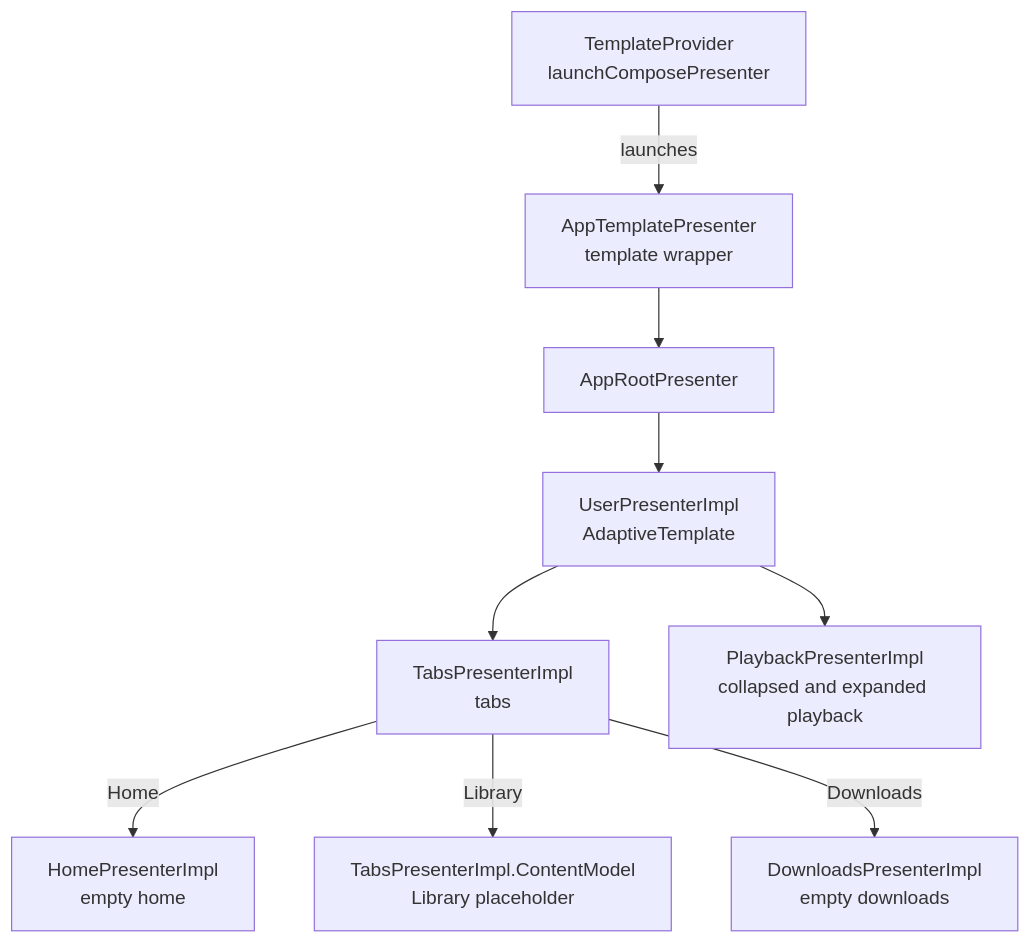
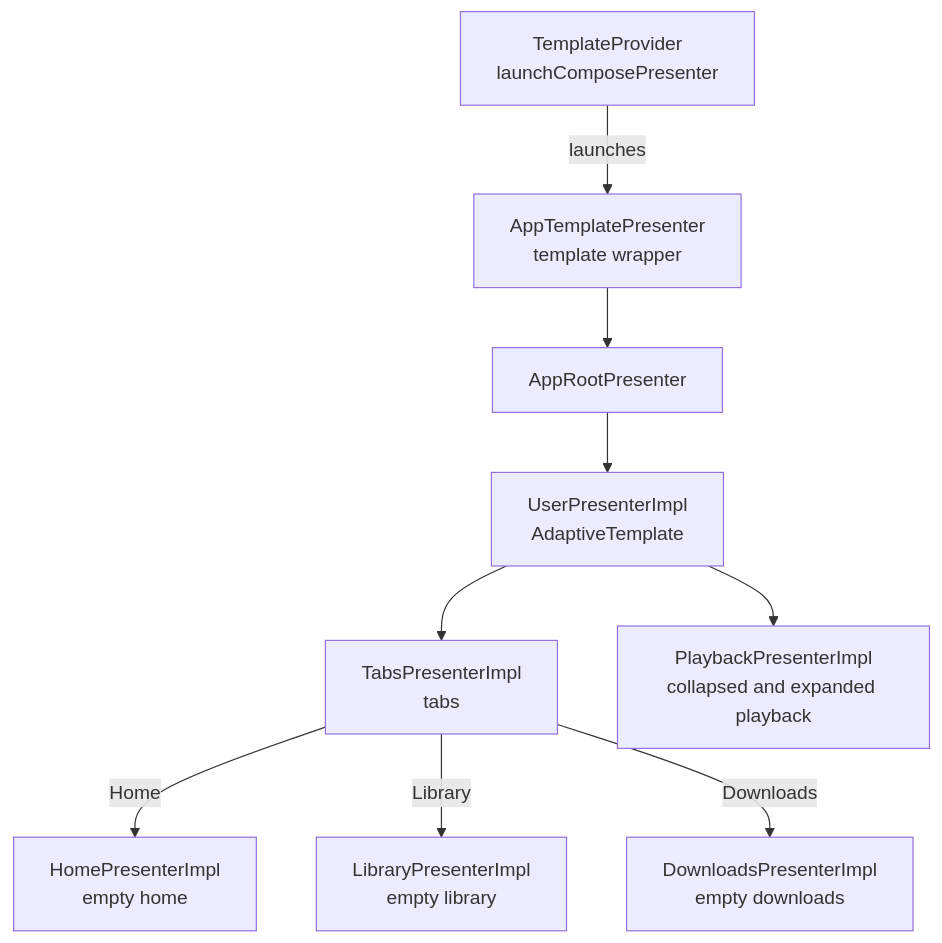
One commit to vRallev/storymile changed the diagram in docs/presenter-hierarchy.md. Above: the diagram before and after it, drawn with Mermaid. The commit also changed other lines of this file and 24 other files, not shown here.

````diff
--- a/docs/presenter-hierarchy.md
+++ b/docs/presenter-hierarchy.md
@@ -8,21 +8,21 @@
 ```mermaid
 flowchart TD
   TemplateProvider["TemplateProvider\nlaunchComposePresenter"]
   AppTemplatePresenter["AppTemplatePresenter\ntemplate wrapper"]
   AppRootPresenter["AppRootPresenter"]
   UserPresenter["UserPresenterImpl\nAdaptiveTemplate"]
-  TabContent["TabsPresenterImpl.ContentModel\nLibrary placeholder"]
   HomePresenter["HomePresenterImpl\nempty home"]
   DownloadsPresenter["DownloadsPresenterImpl\nempty downloads"]
   TabsPresenter["TabsPresenterImpl\ntabs"]
+  LibraryPresenter["LibraryPresenterImpl\nempty library"]
   PlaybackPresenter["PlaybackPresenterImpl\ncollapsed and expanded playback"]
 
   TemplateProvider -->|launches| AppTemplatePresenter
   AppTemplatePresenter --> AppRootPresenter
   AppRootPresenter --> UserPresenter
   UserPresenter --> TabsPresenter
   TabsPresenter -->|Home| HomePresenter
-  TabsPresenter -->|Library| TabContent
+  TabsPresenter -->|Library| LibraryPresenter
   TabsPresenter -->|Downloads| DownloadsPresenter
   UserPresenter --> PlaybackPresenter
 ```
````
